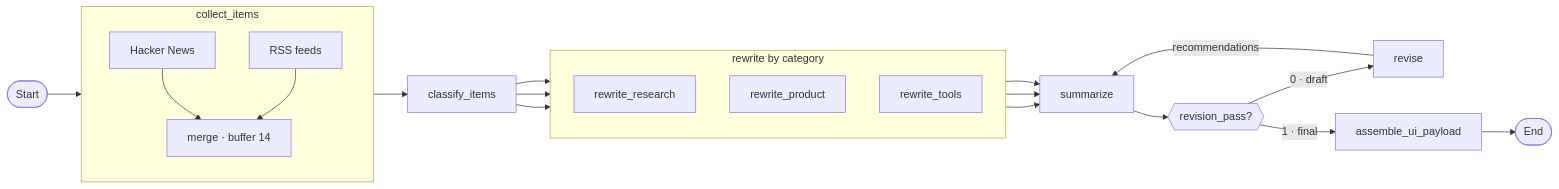
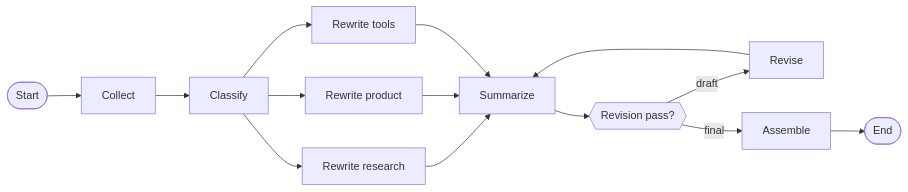
One commit to eisenheiim/Top10TechNews changed the diagram in README.md. Above: the diagram before and after it, drawn with Mermaid. The commit also changed other lines of this file, not shown here.

First line of the commit message:
Rewrite README around product purpose over setup.

````diff
--- a/README.md
+++ b/README.md
@@ -9,40 +13,16 @@
 ```mermaid
 flowchart LR
-  START([Start])
-
-  subgraph Collect["collect_items"]
-    direction TB
-    HN["Hacker News"]
-    RSS["RSS feeds"]
-    Merge["merge · buffer 14"]
-    HN --> Merge
-    RSS --> Merge
-  end
-
-  Classify[classify_items]
-
-  subgraph Routes["rewrite by category"]
-    direction TB
-    R[rewrite_research]
-    P[rewrite_product]
-    T[rewrite_tools]
-  end
-
-  Summarize[summarize]
-  Gate{{"revision_pass?"}}
-  Revise[revise]
-  Assemble[assemble_ui_payload]
-  ENDNODE([End])
-
-  START --> Collect --> Classify
-  Classify --> R
-  Classify --> P
-  Classify --> T
-  R --> Summarize
-  P --> Summarize
-  T --> Summarize
-  Summarize --> Gate
-  Gate -->|"0 · draft"| Revise
-  Revise -->|"recommendations"| Summarize
-  Gate -->|"1 · final"| Assemble --> ENDNODE
+  Start([Start]) --> Collect[Collect]
+  Collect --> Classify[Classify]
+  Classify --> Research[Rewrite research]
+  Classify --> Product[Rewrite product]
+  Classify --> Tools[Rewrite tools]
+  Research --> Summarize[Summarize]
+  Product --> Summarize
+  Tools --> Summarize
+  Summarize --> Gate{{Revision pass?}}
+  Gate -->|draft| Revise[Revise]
+  Revise --> Summarize
+  Gate -->|final| Assemble[Assemble]
+  Assemble --> End([End])
 ```
````
